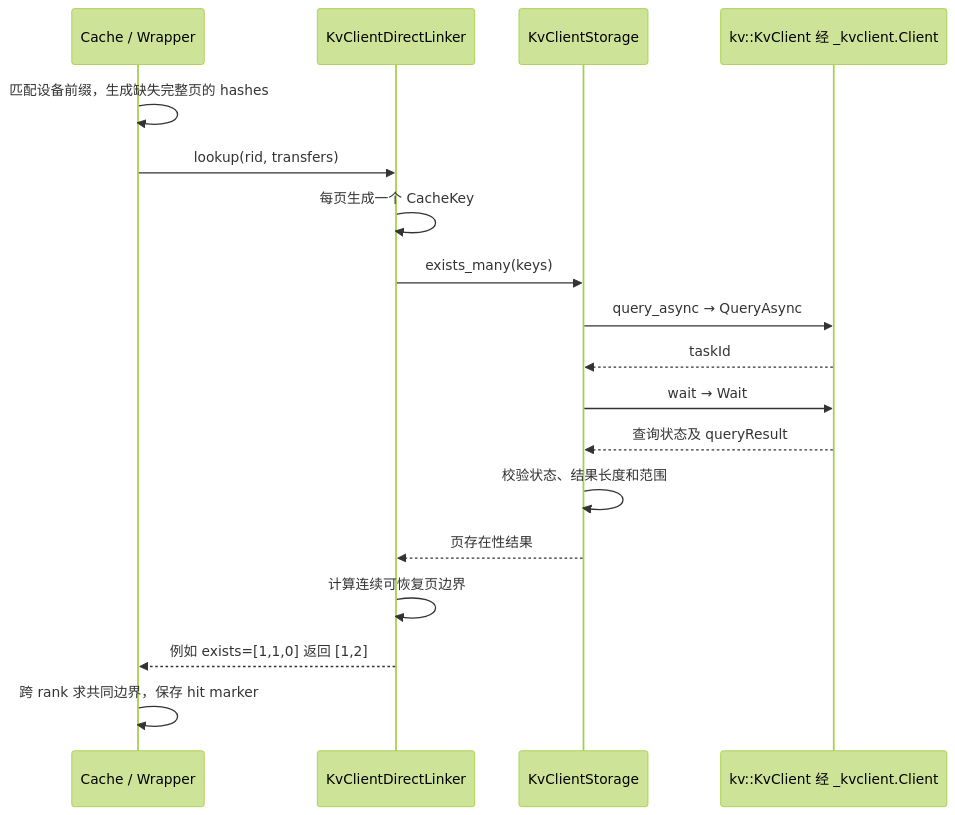
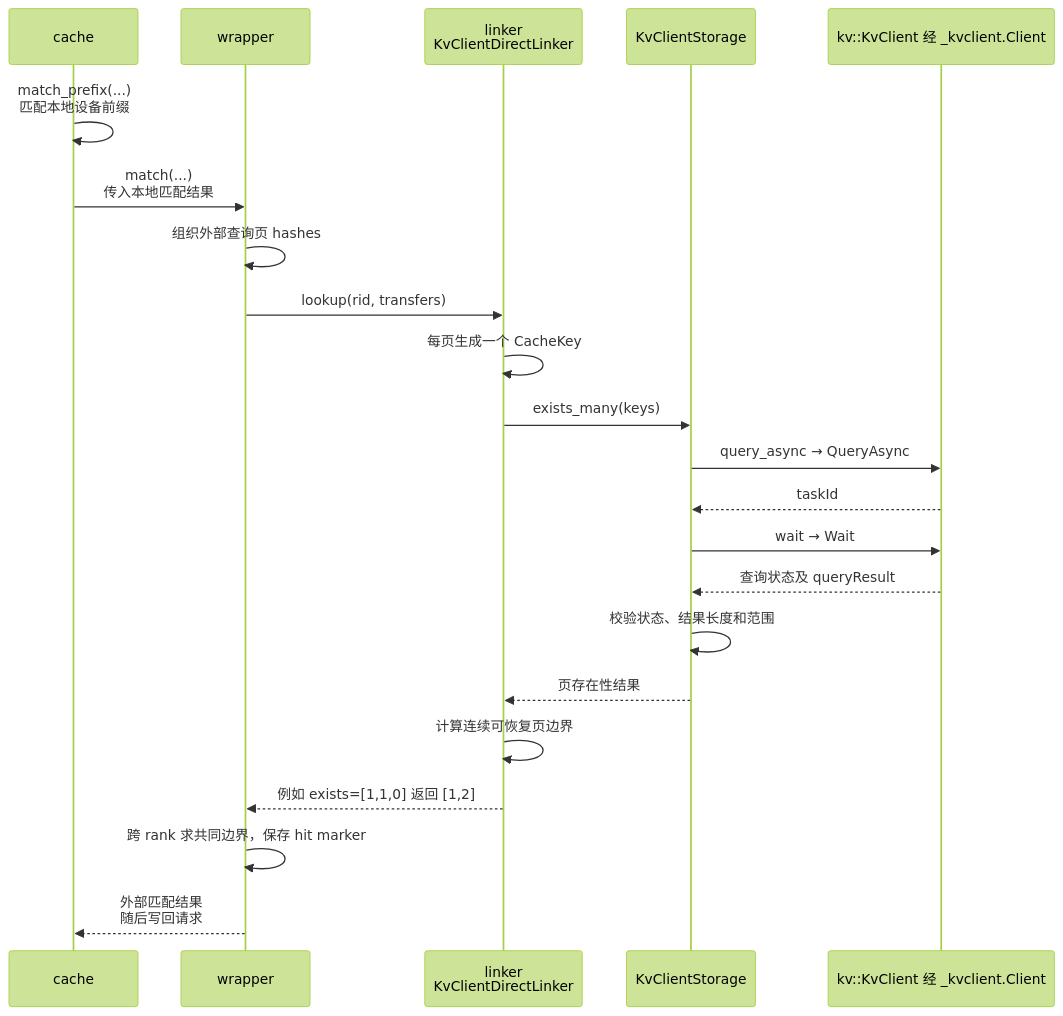
Before and after one commit to yuanzhg078/sglang: diagram 15 of 27 in kv_client_linker_backend_design.md, drawn with Mermaid (forest theme). The commit also changed other lines of this file and 1 other file, not shown here.

````diff
--- a/kv_client_linker_backend_design.md
+++ b/kv_client_linker_backend_design.md
@@ -529,20 +812,24 @@
 ```mermaid
 sequenceDiagram
-    participant W as Cache / Wrapper
-    participant B as KvClientDirectLinker
+    participant C as cache
+    participant W as wrapper
+    participant B as linker<br/>KvClientDirectLinker
     participant S as KvClientStorage
     participant K as kv::KvClient 经 _kvclient.Client
-    W->>W: 匹配设备前缀，生成缺失完整页的 hashes
+    C->>C: match_prefix(...)<br/>匹配本地设备前缀
+    C->>W: match(...)<br/>传入本地匹配结果
+    W->>W: 组织外部查询页 hashes
     W->>B: lookup(rid, transfers)
     B->>B: 每页生成一个 CacheKey
     B->>S: exists_many(keys)
     S->>K: query_async → QueryAsync
     K-->>S: taskId
     S->>K: wait → Wait
     K-->>S: 查询状态及 queryResult
     S->>S: 校验状态、结果长度和范围
     S-->>B: 页存在性结果
     B->>B: 计算连续可恢复页边界
     B-->>W: 例如 exists=[1,1,0] 返回 [1,2]
     W->>W: 跨 rank 求共同边界，保存 hit marker
+    W-->>C: 外部匹配结果<br/>随后写回请求
 ```
````
